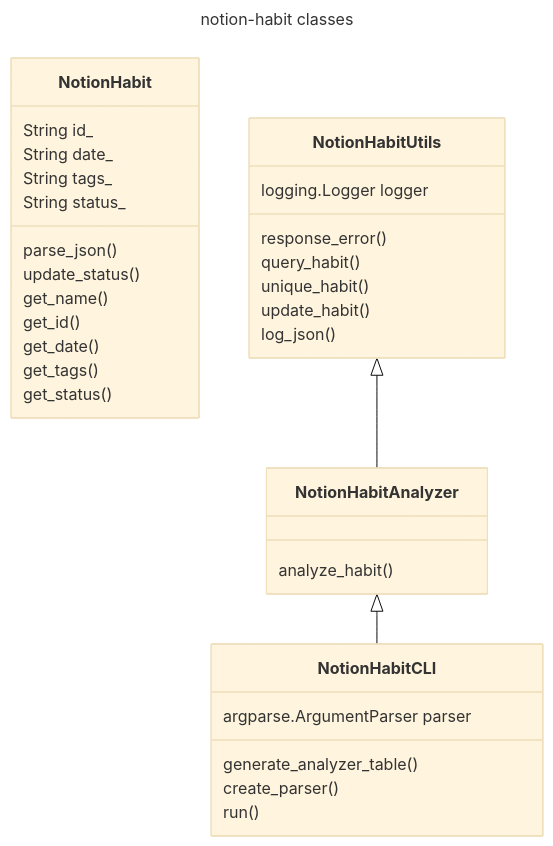
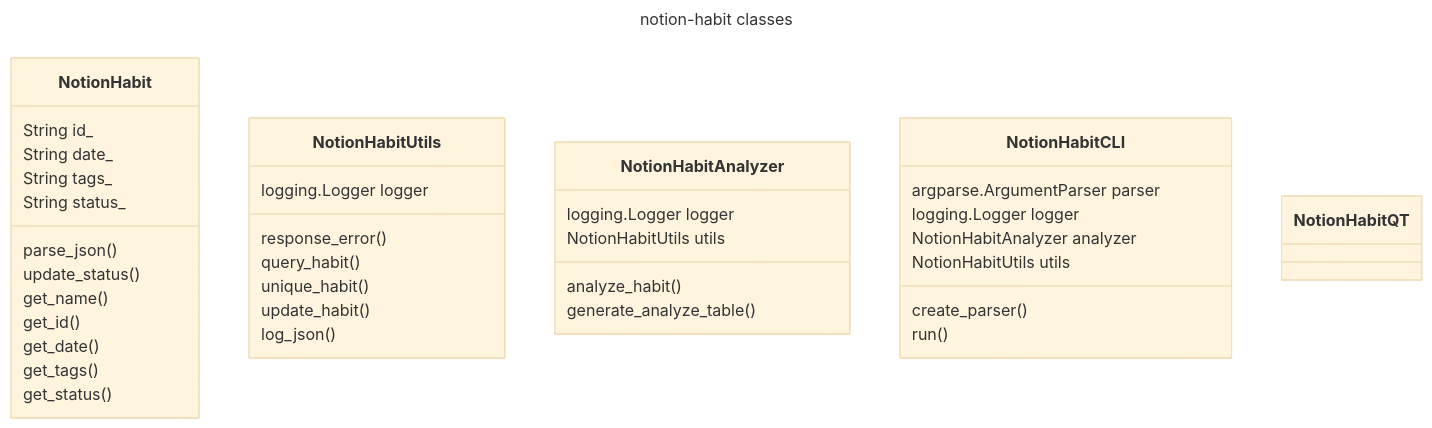
The diagram in README.md (zejiekong/notion-habits), drawn with Mermaid (base theme) before and after one commit. The commit also changed 2 other files, not shown here.

Commit message:
refactor code for non-inheritance approach

````diff
--- a/README.md
+++ b/README.md
@@ -5,43 +5,50 @@
 ```mermaid
 ---
 title: notion-habit classes
 ---
 classDiagram
 
     class NotionHabit{
         String id_
         String date_
         String tags_
         String status_
         parse_json()
         update_status()
         get_name() 
         get_id()
         get_date()
         get_tags()
         get_status()
     }
 
     class NotionHabitUtils{
         logging.Logger logger
         response_error()
         query_habit()
         unique_habit()
         update_habit()
         log_json()
     }
     
     class NotionHabitAnalyzer{
+        logging.Logger logger
+        NotionHabitUtils utils
         analyze_habit()
+        generate_analyze_table()
     }
 
     class NotionHabitCLI{
         argparse.ArgumentParser parser
-        generate_analyzer_table()
+        logging.Logger logger
+        NotionHabitAnalyzer analyzer
+        NotionHabitUtils utils
         create_parser()
         run()
     }
 
-    NotionHabitUtils <|-- NotionHabitAnalyzer
-    NotionHabitAnalyzer <|-- NotionHabitCLI
+    class NotionHabitQT{
+
+    }
+
 ```
````
